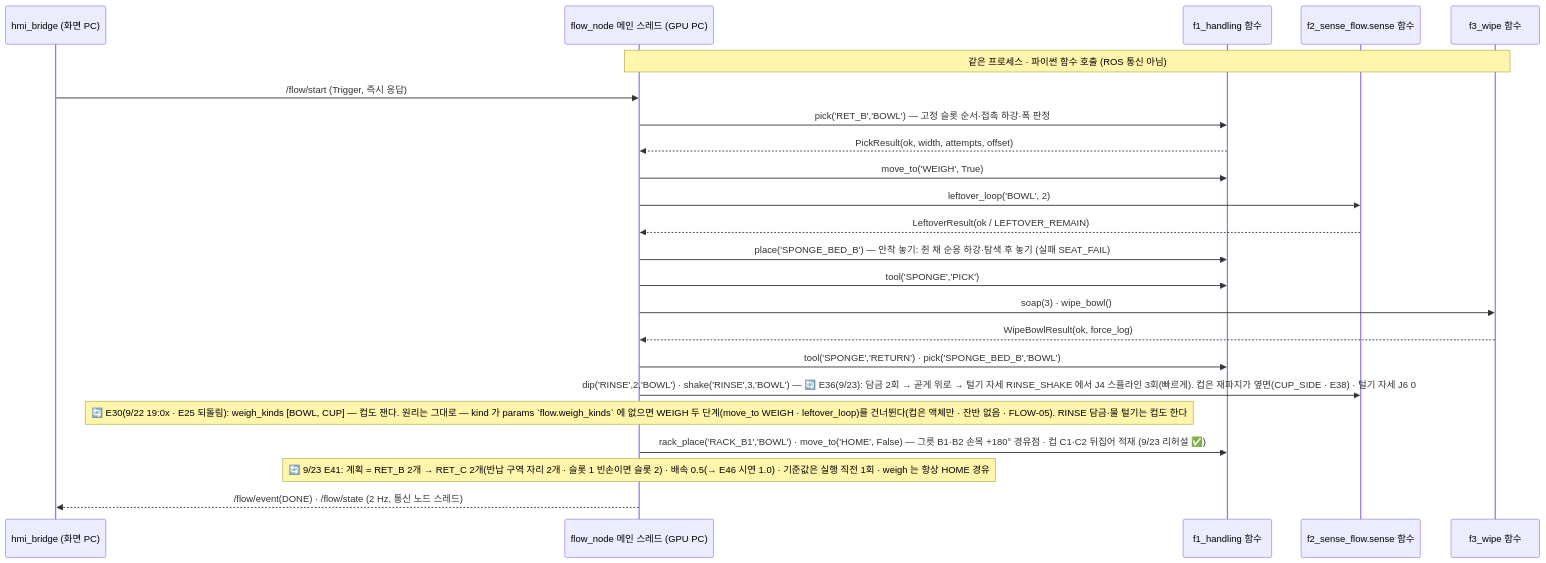
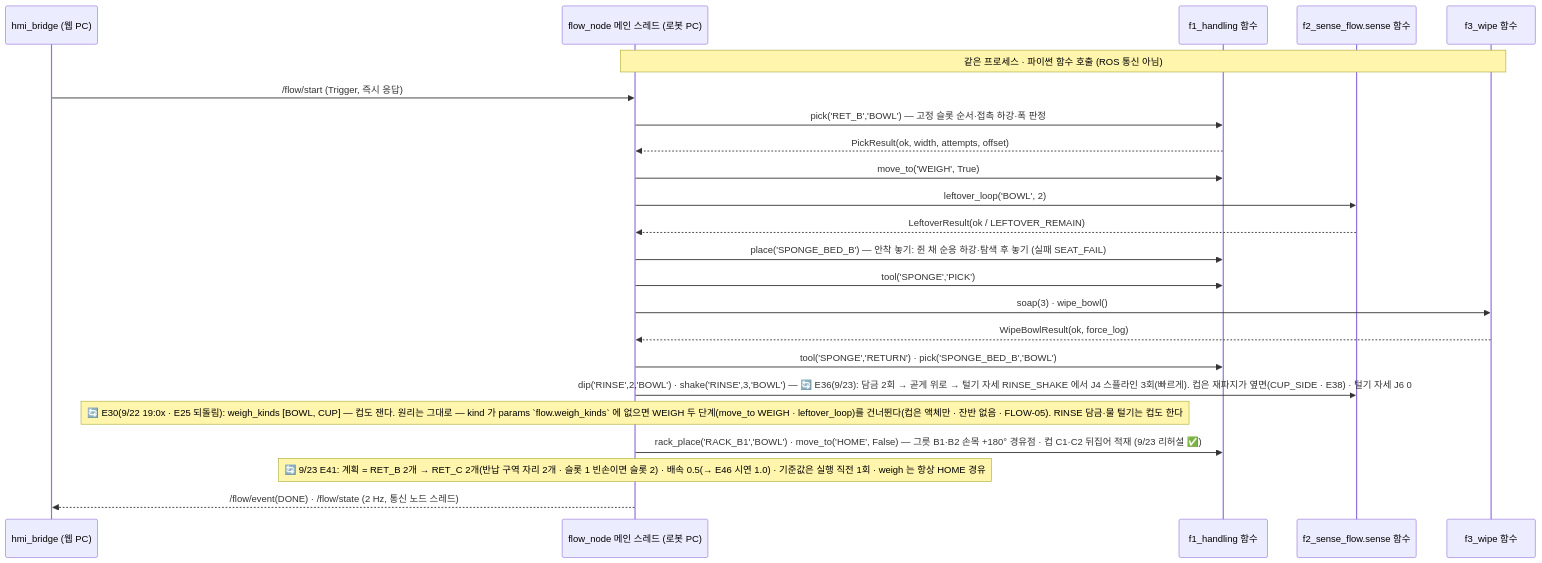
One commit to abyssGo/rokey_9_pjt1_D2 changed the first of 2 diagrams in docs/03_설계_SDD.md. Above: the diagram before and after it, drawn with Mermaid. The commit also changed other lines of this file and 16 other files, not shown here.

````diff
--- a/docs/03_설계_SDD.md
+++ b/docs/03_설계_SDD.md
@@ -220,25 +222,25 @@
 ```mermaid
 sequenceDiagram
-  participant H as hmi_bridge (화면 PC)
-  participant W as flow_node 메인 스레드 (GPU PC)
+  participant H as hmi_bridge (웹 PC)
+  participant W as flow_node 메인 스레드 (로봇 PC)
   participant A as f1_handling 함수
   participant B as f2_sense_flow.sense 함수
   participant C as f3_wipe 함수
   Note over W,C: 같은 프로세스 · 파이썬 함수 호출 (ROS 통신 아님)
   H->>W: /flow/start (Trigger, 즉시 응답)
   W->>A: pick('RET_B','BOWL')  — 고정 슬롯 순서·접촉 하강·폭 판정
   A-->>W: PickResult(ok, width, attempts, offset)
   W->>A: move_to('WEIGH', True)
   W->>B: leftover_loop('BOWL', 2)
   B-->>W: LeftoverResult(ok / LEFTOVER_REMAIN)
   W->>A: place('SPONGE_BED_B')  — 안착 놓기: 쥔 채 순응 하강·탐색 후 놓기 (실패 SEAT_FAIL)
   W->>A: tool('SPONGE','PICK')
   W->>C: soap(3) · wipe_bowl()
   C-->>W: WipeBowlResult(ok, force_log)
   W->>A: tool('SPONGE','RETURN') · pick('SPONGE_BED_B','BOWL')
   W->>B: dip('RINSE',2,'BOWL') · shake('RINSE',3,'BOWL')  — 🔄 E36(9/23): 담금 2회 → 곧게 위로 → 털기 자세 RINSE_SHAKE 에서 J4 스플라인 3회(빠르게). 컵은 재파지가 옆면(CUP_SIDE · E38) · 털기 자세 J6 0
   Note over W: 🔄 E30(9/22 19:0x · E25 되돌림): weigh_kinds [BOWL, CUP] — 컵도 잰다. 원리는 그대로 — kind 가 params `flow.weigh_kinds` 에 없으면 WEIGH 두 단계(move_to WEIGH · leftover_loop)를 건너뛴다(컵은 액체만 · 잔반 없음 · FLOW-05). RINSE 담금·물 털기는 컵도 한다
   W->>A: rack_place('RACK_B1','BOWL') · move_to('HOME', False)  — 그릇 B1·B2 손목 +180° 경유점 · 컵 C1·C2 뒤집어 적재 (9/23 리허설 ✅)
   Note over W: 🔄 9/23 E41: 계획 = RET_B 2개 → RET_C 2개(반납 구역 자리 2개 · 슬롯 1 빈손이면 슬롯 2) · 배속 0.5(→ E46 시연 1.0) · 기준값은 실행 직전 1회 · weigh 는 항상 HOME 경유
   W-->>H: /flow/event(DONE) · /flow/state (2 Hz, 통신 노드 스레드)
 ```
````
